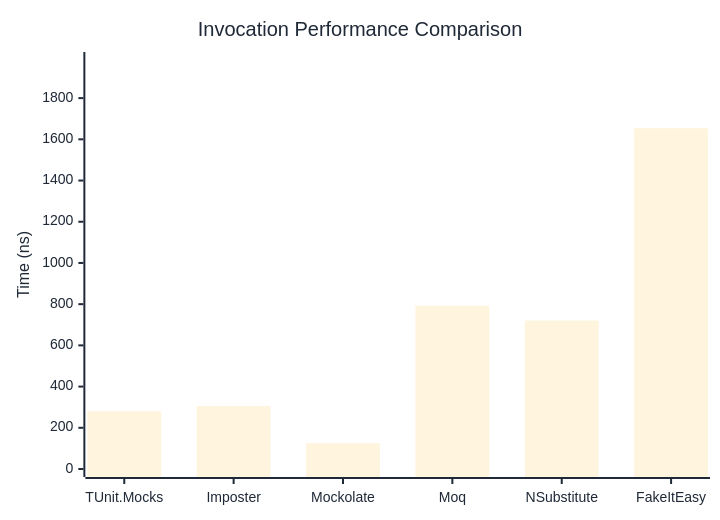
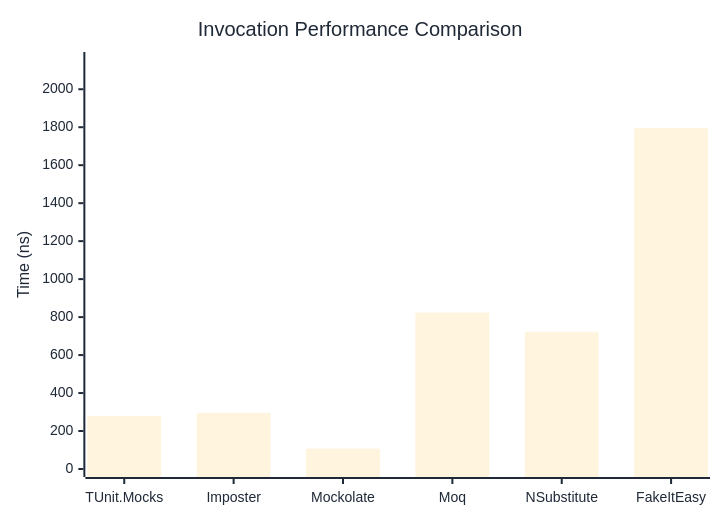
Before and after one commit to thomhurst/TUnit: the first of 3 diagrams in docs/docs/benchmarks/mocks/Invocation.md, drawn with Mermaid. The commit also changed other lines of this file and 14 other files, not shown here.

````diff
--- a/docs/docs/benchmarks/mocks/Invocation.md
+++ b/docs/docs/benchmarks/mocks/Invocation.md
@@ -30,27 +30,27 @@
 ```mermaid
 %%{init: {
   'theme':'base',
   'themeVariables': {
     'primaryColor': '#2563eb',
     'primaryTextColor': '#1f2937',
     'primaryBorderColor': '#1e40af',
     'lineColor': '#6b7280',
     'secondaryColor': '#7c3aed',
     'tertiaryColor': '#dc2626',
     'background': '#ffffff',
     'pie1': '#2563eb',
     'pie2': '#7c3aed',
     'pie3': '#dc2626',
     'pie4': '#f59e0b',
     'pie5': '#10b981',
     'pie6': '#06b6d4',
     'pie7': '#ec4899',
     'pie8': '#6366f1'
   }
 }}%%
 xychart-beta
   title "Invocation Performance Comparison"
   x-axis ["TUnit.Mocks", "Imposter", "Mockolate", "Moq", "NSubstitute", "FakeItEasy"]
-  y-axis "Time (ns)" 0 --> 1985
-  bar [280.23, 305.69, 125.16, 792.49, 720.44, 1654.13]
+  y-axis "Time (ns)" 0 --> 2154
+  bar [278.98, 295.43, 107.08, 823.66, 722.95, 1794.39]
 ```
````
